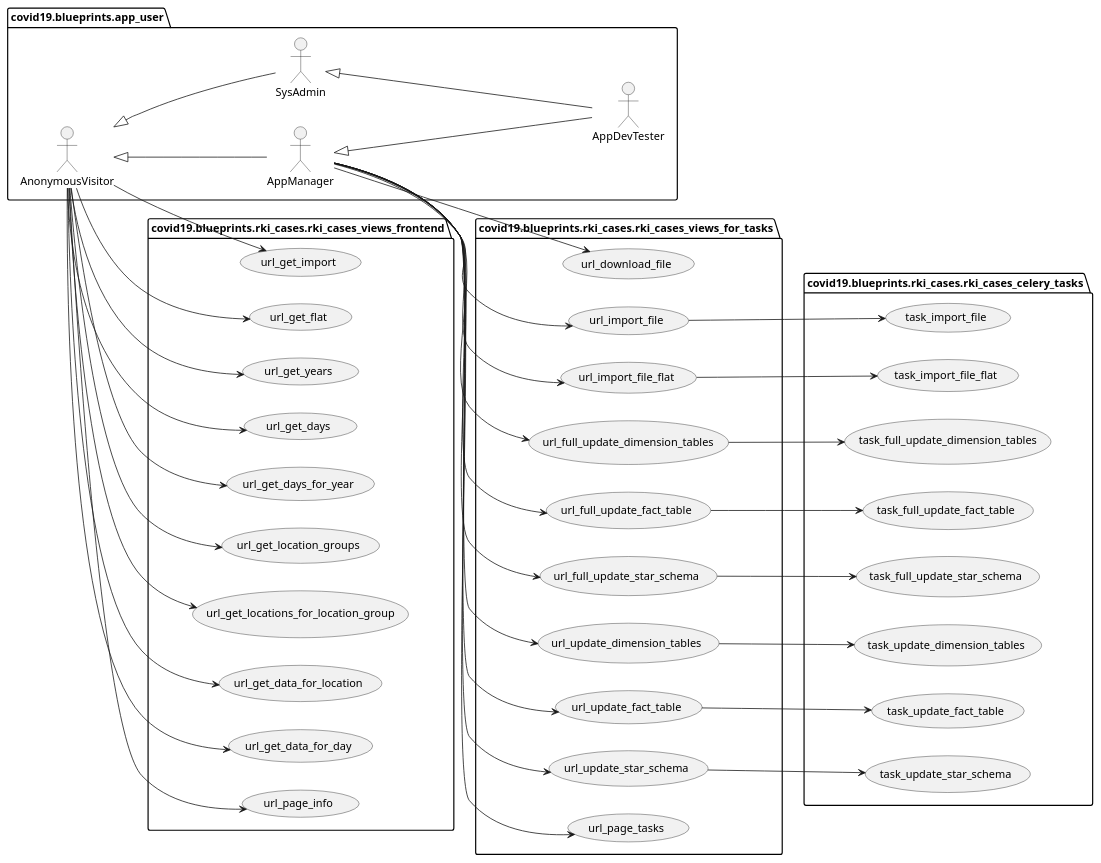
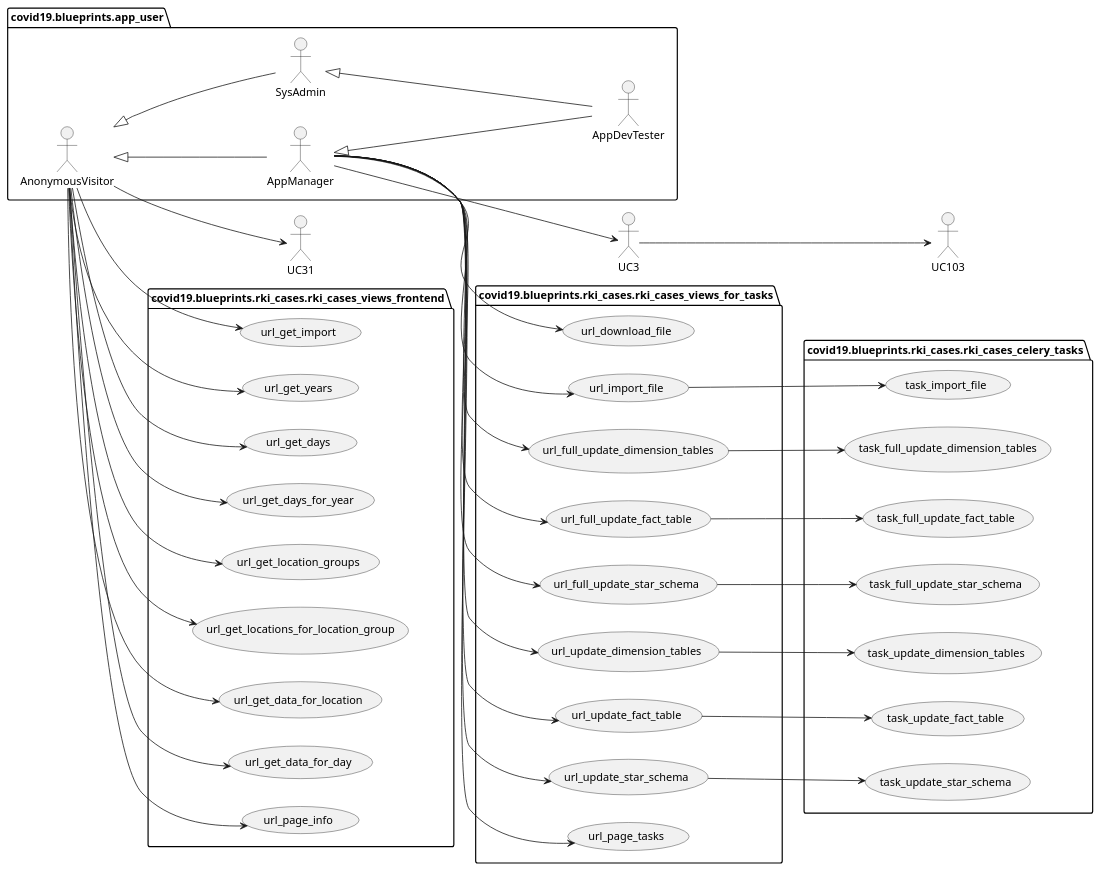
The diagram in docs/uml/data_rki/rki_cases_use_cases_impl.puml (thomaswoehlke/flask_covid19), drawn with PlantUML before and after one commit. The commit also changed 23 other files, not shown here.

```diff
--- a/docs/uml/data_rki/rki_cases_use_cases_impl.puml
+++ b/docs/uml/data_rki/rki_cases_use_cases_impl.puml
@@ -1,77 +1,74 @@
 @startuml
 left to right direction
 package covid19.blueprints.app_user {
 	actor AnonymousVisitor as vu
 	actor AppManager as au
 	actor SysAdmin as su
 	actor AppDevTester as du
 }
 package covid19.blueprints.app_user {
 	vu <|-- au
 	vu <|-- su
 	su <|-- du
 	au <|-- du
 }
 package covid19.blueprints.rki_cases.rki_cases_views_frontend {
 	usecase url_get_import as UC30
-	usecase url_get_flat as UC31
 	usecase url_get_years as UC40
 	usecase url_get_days as UC41
 	usecase url_get_days_for_year as UC42
 	usecase url_get_location_groups as UC43
 	usecase url_get_locations_for_location_group as UC44
 	usecase url_get_data_for_location as UC45
 	usecase url_get_data_for_day as UC46
     usecase url_page_info as UC80
 }
 vu --> UC30
 vu --> UC31
 vu --> UC40
 vu --> UC41
 vu --> UC42
 vu --> UC43
 vu --> UC44
 vu --> UC45
 vu --> UC46
 vu --> UC80
 package covid19.blueprints.rki_cases.rki_cases_views_for_tasks {
 	usecase url_download_file as UC1
 	usecase url_import_file as UC2
-	usecase url_import_file_flat as UC3
 	usecase url_full_update_dimension_tables as UC10
 	usecase url_full_update_fact_table as UC11
 	usecase url_full_update_star_schema as UC12
 	usecase url_update_dimension_tables as UC20
 	usecase url_update_fact_table as UC21
 	usecase url_update_star_schema as UC22
     usecase url_page_tasks as UC81
 }
 au --> UC1
 au --> UC2
 au --> UC3
 au --> UC10
 au --> UC11
 au --> UC12
 au --> UC20
 au --> UC21
 au --> UC22
 au --> UC81
 package covid19.blueprints.rki_cases.rki_cases_celery_tasks {
 	usecase task_import_file as UC102
-	usecase task_import_file_flat as UC103
 	usecase task_full_update_dimension_tables as UC110
 	usecase task_full_update_fact_table as UC111
 	usecase task_full_update_star_schema as UC112
 	usecase task_update_dimension_tables as UC120
 	usecase task_update_fact_table as UC121
 	usecase task_update_star_schema as UC122
 }
 UC2 --> UC102
 UC3 --> UC103
 UC10 --> UC110
 UC11 --> UC111
 UC12 --> UC112
 UC20 --> UC120
 UC21 --> UC121
 UC22 --> UC122
 @enduml
```
